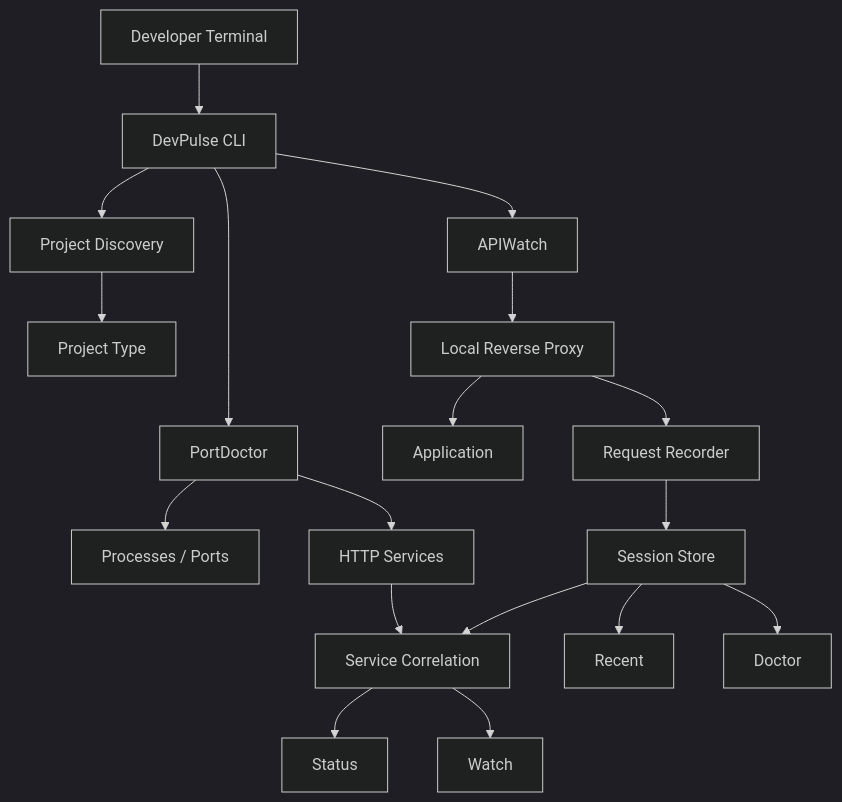
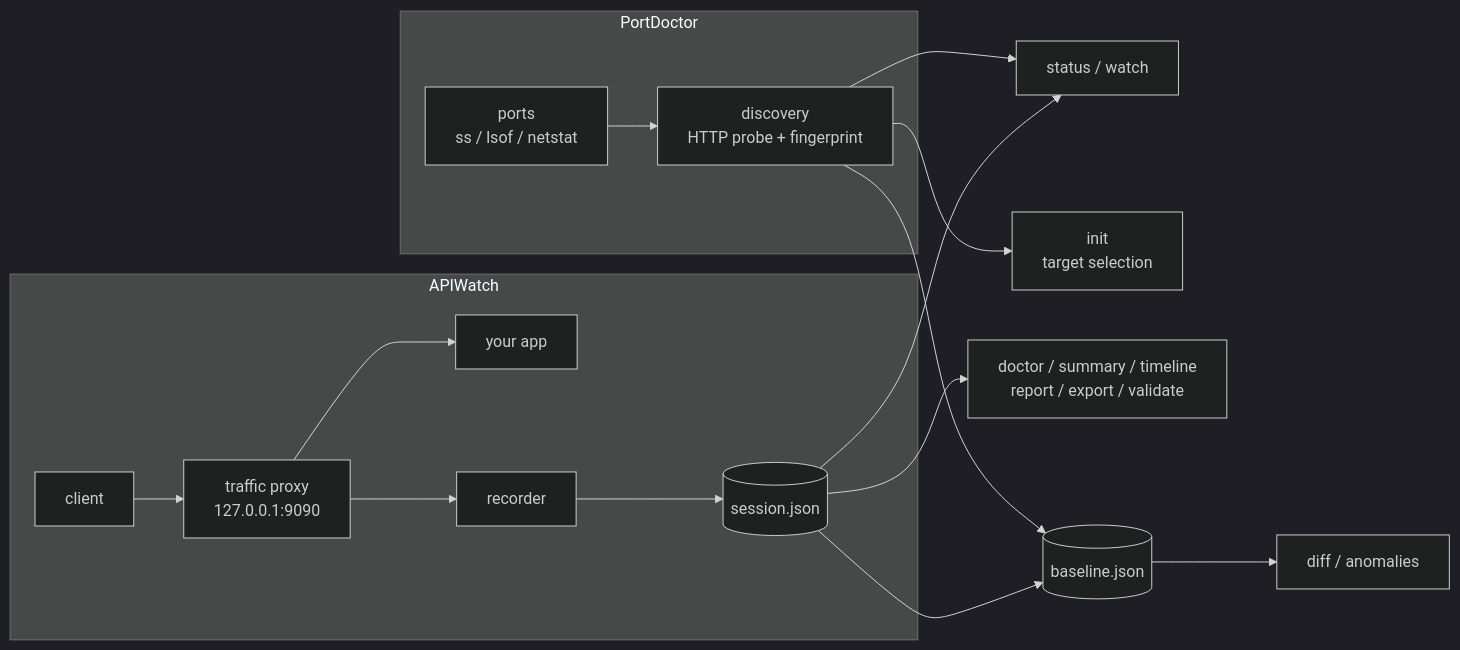
One commit to yatinannam/devpulse changed the diagram in README.md. Above: the diagram before and after it, drawn with Mermaid (dark theme). The commit also changed other lines of this file, not shown here.

First line of the commit message:
docs(readme): rewrite as a technical reference with aligned diagrams

````diff
--- a/README.md
+++ b/README.md
@@ -151,24 +69,17 @@
 ```mermaid
-flowchart TD
-    A[Developer Terminal] --> B[DevPulse CLI]
-    B --> C[Project Discovery]
-    B --> D[PortDoctor]
-    B --> E[APIWatch]
-
-    C --> F[Project Type]
-    D --> G[Processes / Ports]
-    D --> H[HTTP Services]
-
-    E --> I[Local Reverse Proxy]
-    I --> J[Application]
-    I --> K[Request Recorder]
-    K --> L[Session Store]
-
-    H --> M[Service Correlation]
-    L --> M
-
-    M --> N[Status]
-    L --> O[Recent]
-    L --> P[Doctor]
-    M --> Q[Watch]
+flowchart LR
+    subgraph Discovery["PortDoctor"]
+        P[ports<br/>ss / lsof / netstat] --> D[discovery<br/>HTTP probe + fingerprint]
+    end
+    subgraph Capture["APIWatch"]
+        C[client] --> X[traffic proxy<br/>127.0.0.1:9090] --> A[your app]
+        X --> R[recorder] --> S[(session.json)]
+    end
+    D --> ST[status / watch]
+    S --> ST
+    D --> I[init<br/>target selection]
+    S --> AN[doctor / summary / timeline<br/>report / export / validate]
+    D --> B[(baseline.json)]
+    S --> B
+    B --> DF[diff / anomalies]
 ```
````
